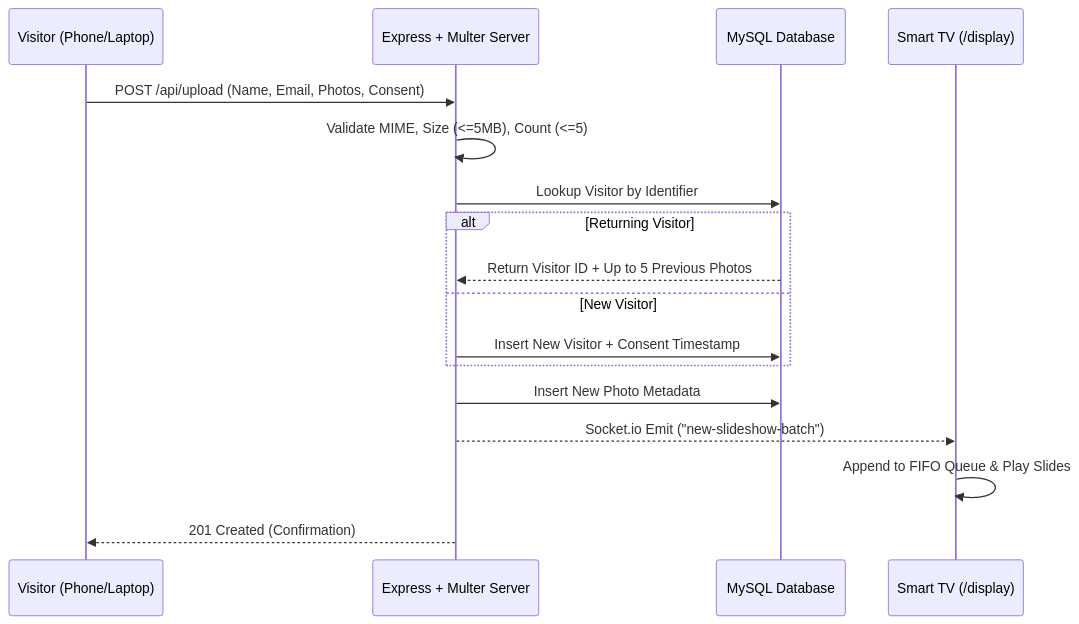
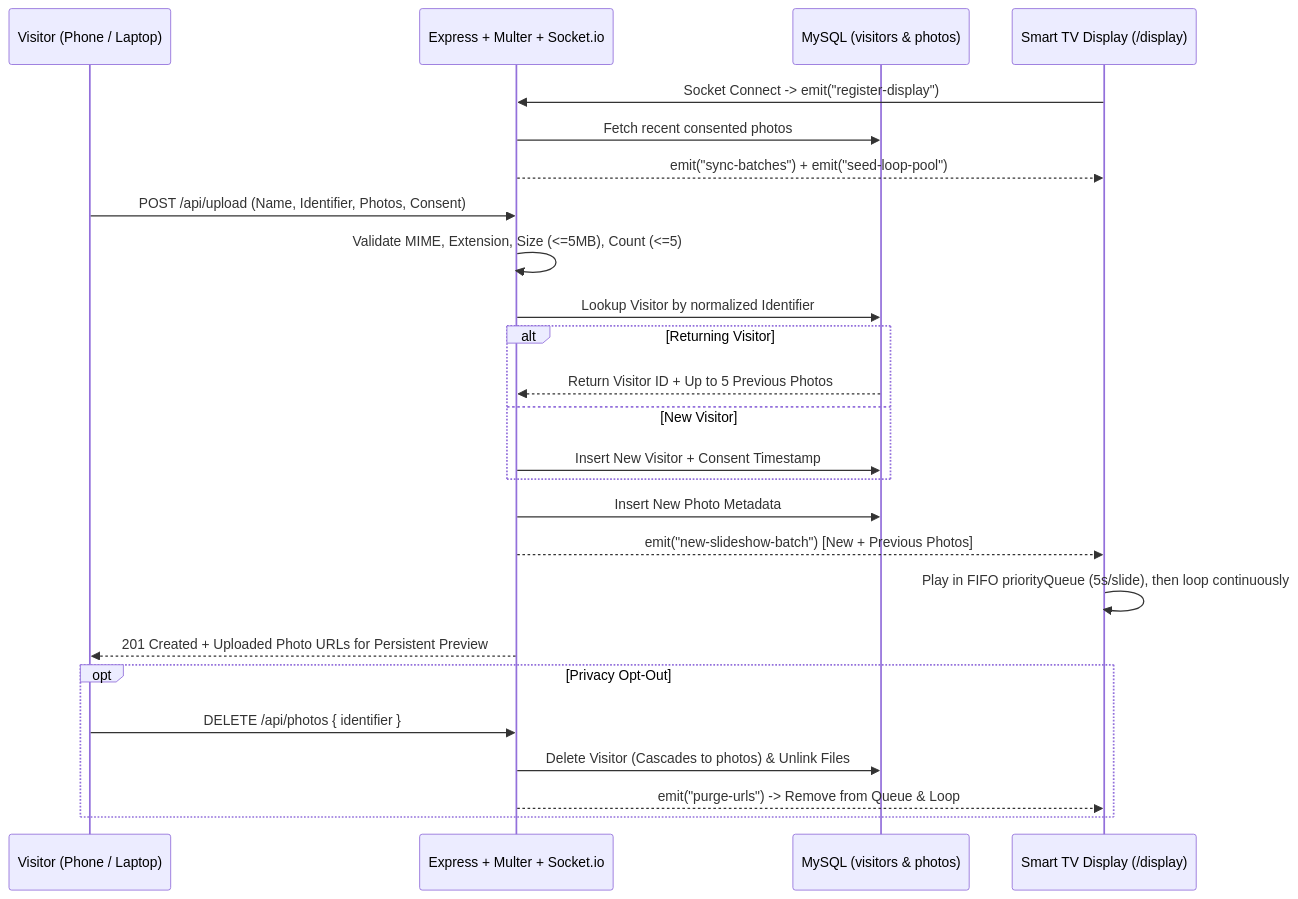
One commit to sejalsharma-tech/visitor-photo-slideshow changed the diagram in ARCHITECTURE.md. Above: the diagram before and after it, drawn with Mermaid. The commit also changed other lines of this file, not shown here.

Commit message:
docs(architecture): update stack rationale, MySQL schema, and sequence diagram

````diff
--- a/ARCHITECTURE.md
+++ b/ARCHITECTURE.md
@@ -15,20 +35,30 @@
 ```mermaid
 sequenceDiagram
-    participant V as Visitor (Phone/Laptop)
-    participant S as Express + Multer Server
-    participant DB as MySQL Database
-    participant TV as Smart TV (/display)
+    participant V as Visitor (Phone / Laptop)
+    participant API as Express + Multer + Socket.io
+    participant DB as MySQL (visitors & photos)
+    participant TV as Smart TV Display (/display)
 
-    V->>S: POST /api/upload (Name, Email, Photos, Consent)
-    S->>S: Validate MIME, Size (<=5MB), Count (<=5)
-    S->>DB: Lookup Visitor by Identifier
+    TV->>API: Socket Connect -> emit("register-display")
+    API->>DB: Fetch recent consented photos
+    API-->>TV: emit("sync-batches") + emit("seed-loop-pool")
+
+    V->>API: POST /api/upload (Name, Identifier, Photos, Consent)
+    API->>API: Validate MIME, Extension, Size (<=5MB), Count (<=5)
+    API->>DB: Lookup Visitor by normalized Identifier
     alt Returning Visitor
-        DB-->>S: Return Visitor ID + Up to 5 Previous Photos
+        DB-->>API: Return Visitor ID + Up to 5 Previous Photos
     else New Visitor
-        S->>DB: Insert New Visitor + Consent Timestamp
+        API->>DB: Insert New Visitor + Consent Timestamp
     end
-    S->>DB: Insert New Photo Metadata
-    S-->>TV: Socket.io Emit ("new-slideshow-batch")
-    TV->>TV: Append to FIFO Queue & Play Slides
-    S-->>V: 201 Created (Confirmation)
+    API->>DB: Insert New Photo Metadata
+    API-->>TV: emit("new-slideshow-batch") [New + Previous Photos]
+    TV->>TV: Play in FIFO priorityQueue (5s/slide), then loop continuously
+    API-->>V: 201 Created + Uploaded Photo URLs for Persistent Preview
+
+    opt Privacy Opt-Out
+        V->>API: DELETE /api/photos { identifier }
+        API->>DB: Delete Visitor (Cascades to photos) & Unlink Files
+        API-->>TV: emit("purge-urls") -> Remove from Queue & Loop
+    end
 ```
````
